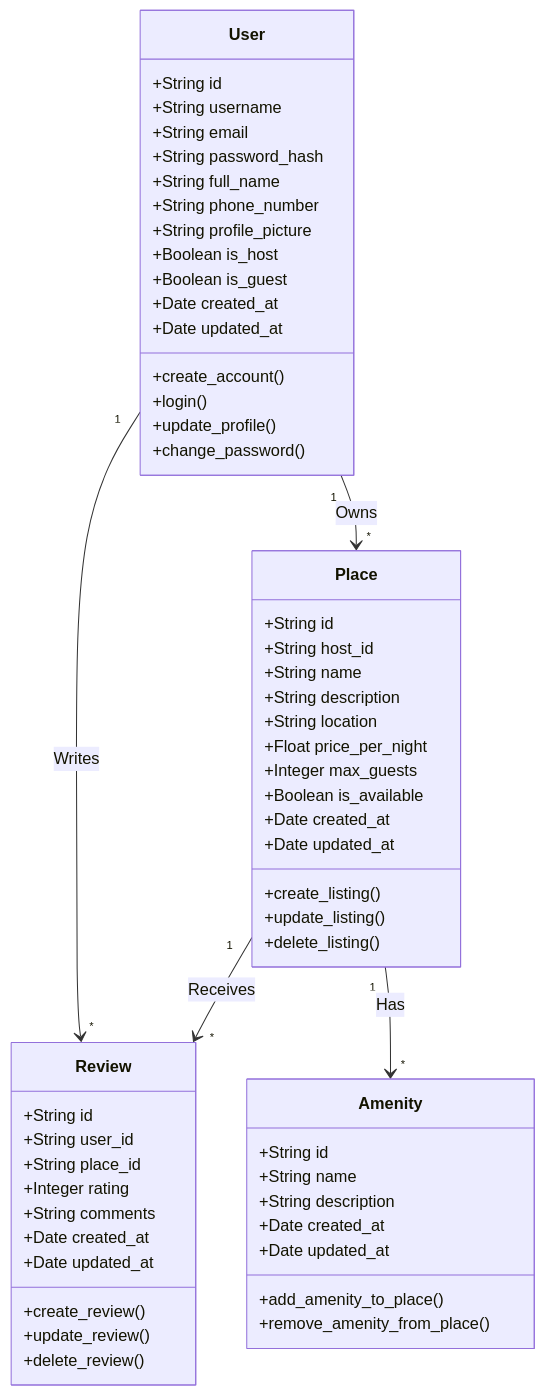
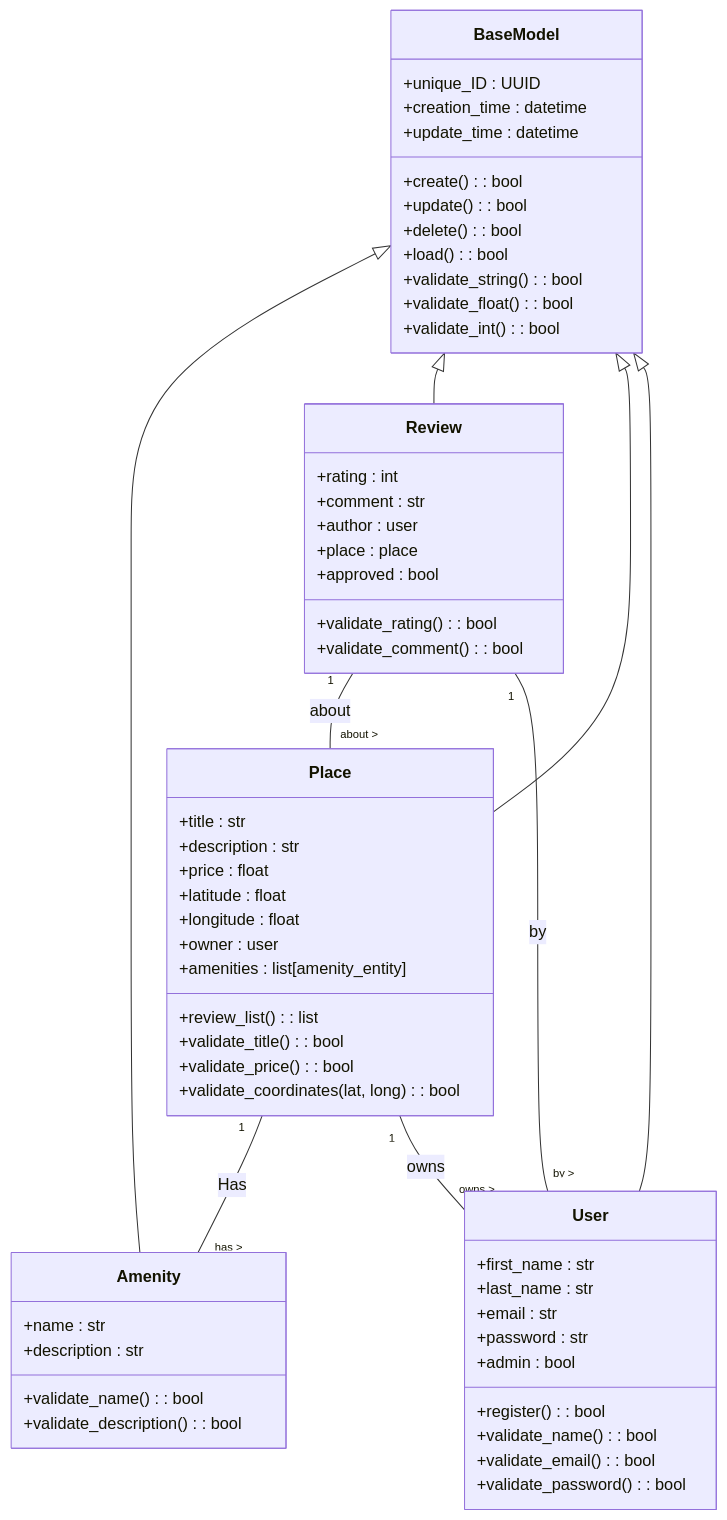
Before and after one commit to Nomen-collab/holbertonschool-hbnb: the second of 6 diagrams in Technical_Documentation.md, drawn with Mermaid. The commit also changed other lines of this file, not shown here.

````diff
--- a/Technical_Documentation.md
+++ b/Technical_Documentation.md
@@ -69,64 +69,68 @@
 ```mermaid
 classDiagram
-    class User {
-        +String id
-        +String username
-        +String email
-        +String password_hash
-        +String full_name
-        +String phone_number
-        +String profile_picture
-        +Boolean is_host
-        +Boolean is_guest
-        +Date created_at
-        +Date updated_at
-        +create_account()
-        +login()
-        +update_profile()
-        +change_password()
+    class BaseModel {
+        +unique_ID : UUID
+        +creation_time : datetime
+        +update_time : datetime
+        +create() : bool
+        +update() : bool
+        +delete() : bool
+        +load() : bool
+        +validate_string() : bool
+        +validate_float() : bool
+        +validate_int() : bool
     }
-    
-    class Place {
-        +String id
-        +String host_id
-        +String name
-        +String description
-        +String location
-        +Float price_per_night
-        +Integer max_guests
-        +Boolean is_available
-        +Date created_at
-        +Date updated_at
-        +create_listing()
-        +update_listing()
-        +delete_listing()
+
+    class Amenity {
+        +name : str
+        +description : str
+        +validate_name() : bool
+        +validate_description() : bool
     }
 
     class Review {
-        +String id
-        +String user_id
-        +String place_id
-        +Integer rating
-        +String comments
-        +Date created_at
-        +Date updated_at
-        +create_review()
-        +update_review()
-        +delete_review()
+        +rating : int
+        +comment : str
+        +author : user
+        +place : place
+        +approved : bool
+        +validate_rating() : bool
+        +validate_comment() : bool
     }
 
-    class Amenity {
-        +String id
-        +String name
-        +String description
-        +Date created_at
-        +Date updated_at
-        +add_amenity_to_place()
-        +remove_amenity_from_place()
+    class Place {
+        +title : str
+        +description : str
+        +price : float
+        +latitude : float
+        +longitude : float
+        +owner : user
+        +amenities : list[amenity_entity]
+        +review_list() : list
+        +validate_title() : bool
+        +validate_price() : bool
+        +validate_coordinates(lat, long) : bool
     }
 
-    User "1" --> "*" Place : Owns
-    Place "1" --> "*" Review : Receives
-    User "1" --> "*" Review : Writes
-    Place "1" --> "*" Amenity : Has
+    class User {
+        +first_name : str
+        +last_name : str
+        +email : str
+        +password : str
+        +admin : bool
+        +register() : bool
+        +validate_name() : bool
+        +validate_email() : bool
+        +validate_password() : bool
+    }
+
+    BaseModel <|-- Amenity
+    BaseModel <|-- Review
+    BaseModel <|-- Place
+    BaseModel <|-- User
+
+    Place "1" -- "has >" Amenity : Has
+    Review "1" -- "about >" Place : about
+    Review "1" -- "by >" User : by
+    Place "1" -- "owns >" User : owns
 ```
````
